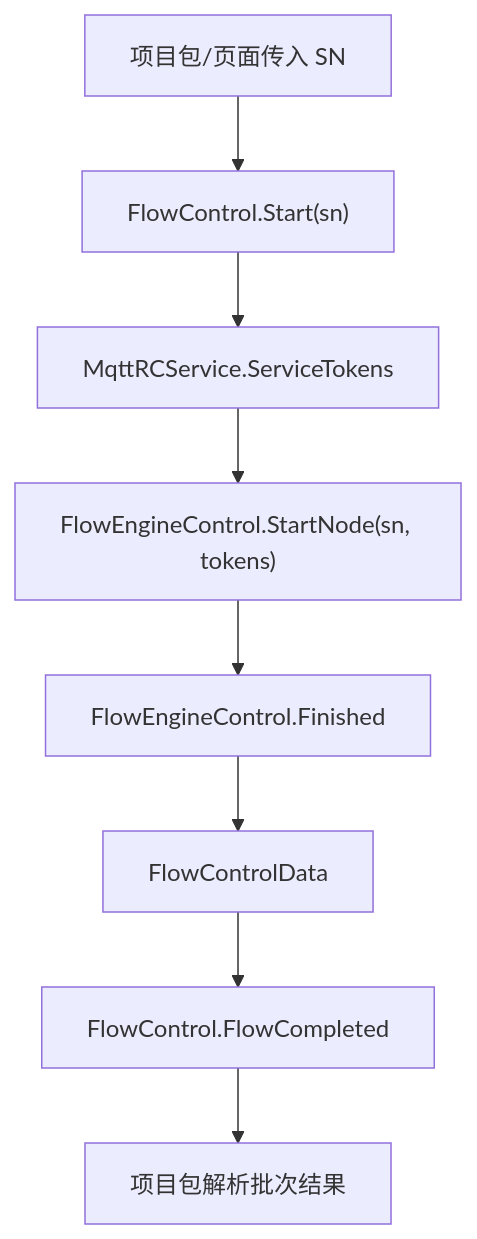
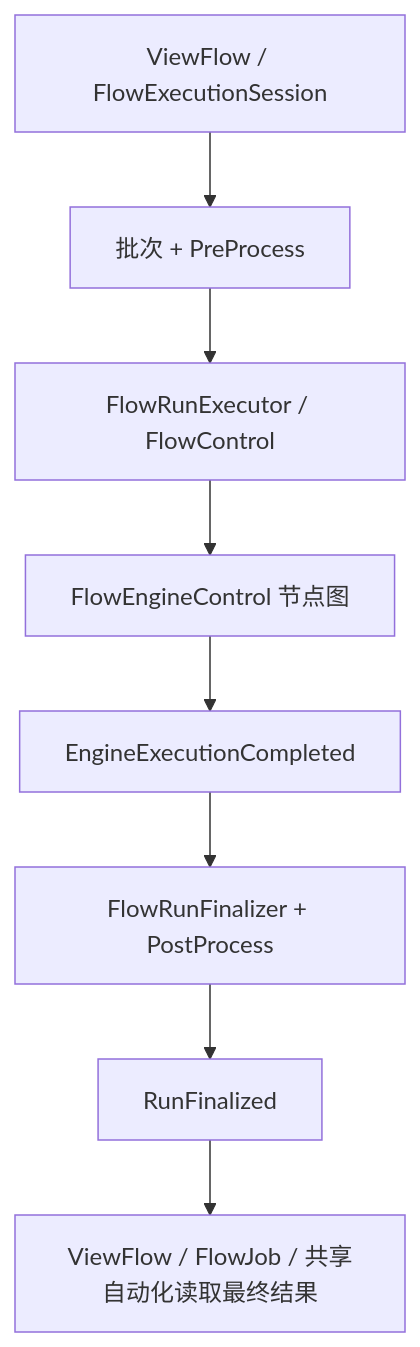
The diagram in docs/04-api-reference/engine-components/template-flow-chain.md (xincheng213618/scgd_general_wpf), drawn with Mermaid before and after one commit. The commit also changed other lines of this file and 38 other files, not shown here.

Commit message:
docs: sync plugin and flow architecture

````diff
--- a/docs/04-api-reference/engine-components/template-flow-chain.md
+++ b/docs/04-api-reference/engine-components/template-flow-chain.md
@@ -55,10 +58,10 @@
 ```mermaid
 flowchart TD
-  Project["项目包/页面传入 SN"] --> Start["FlowControl.Start(sn)"]
-  Start --> Tokens["MqttRCService.ServiceTokens"]
-  Tokens --> Engine["FlowEngineControl.StartNode(sn, tokens)"]
-  Engine --> Finished["FlowEngineControl.Finished"]
-  Finished --> Data["FlowControlData"]
-  Data --> Event["FlowControl.FlowCompleted"]
-  Event --> ProjectResult["项目包解析批次结果"]
+  View["ViewFlow / FlowExecutionSession"] --> Pre["批次 + PreProcess"]
+  Pre --> Run["FlowRunExecutor / FlowControl"]
+  Run --> Engine["FlowEngineControl 节点图"]
+  Engine --> Completed["EngineExecutionCompleted"]
+  Completed --> Finalizer["FlowRunFinalizer + PostProcess"]
+  Finalizer --> Final["RunFinalized"]
+  Final --> SharedResult["ViewFlow / FlowJob / 共享自动化读取最终结果"]
 ```
````
